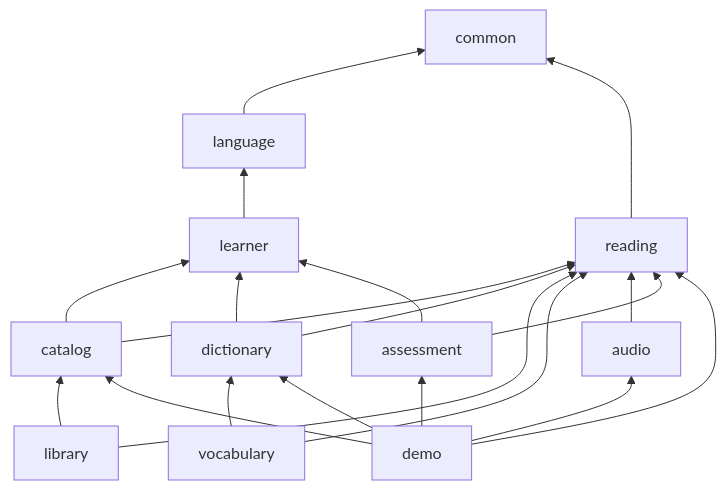
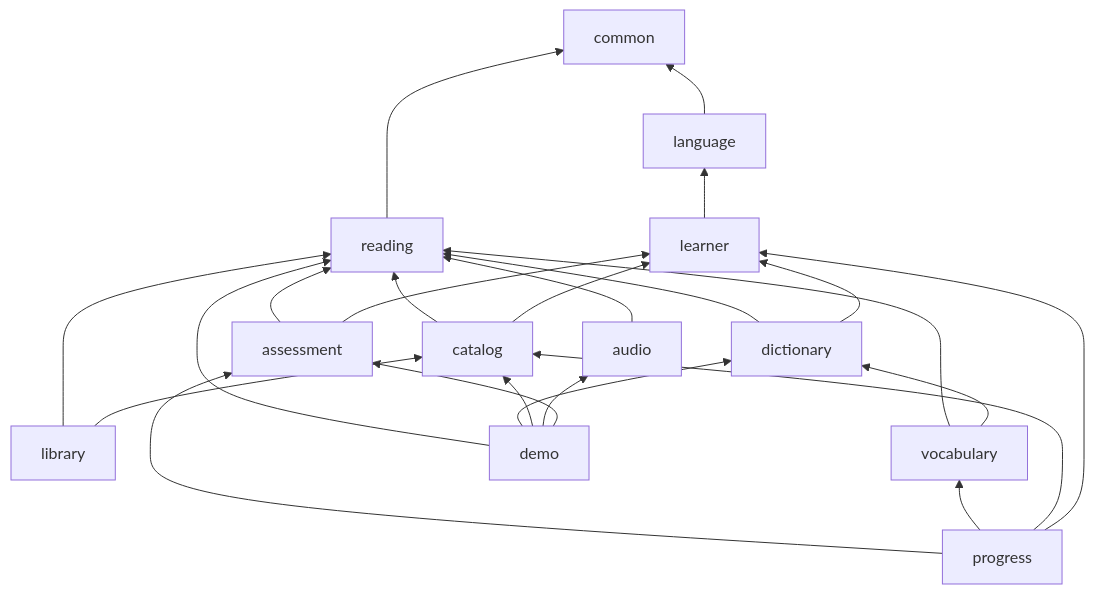
The second of 2 diagrams in docs/architecture/overview.md (wasichai/lesen), drawn with Mermaid before and after one commit. The commit also changed other lines of this file and 29 other files, not shown here.

````diff
--- a/docs/architecture/overview.md
+++ b/docs/architecture/overview.md
@@ -44,14 +44,15 @@
 ```mermaid
 flowchart BT
   common
   language --> common
   learner --> language
   reading --> common
   catalog --> learner & reading
   dictionary --> learner & reading
   library --> catalog & reading
   vocabulary --> dictionary & reading
   audio --> reading
   assessment --> learner & reading
+  progress --> learner & catalog & vocabulary & assessment
   demo --> assessment & audio & catalog & dictionary & reading
 ```
````
